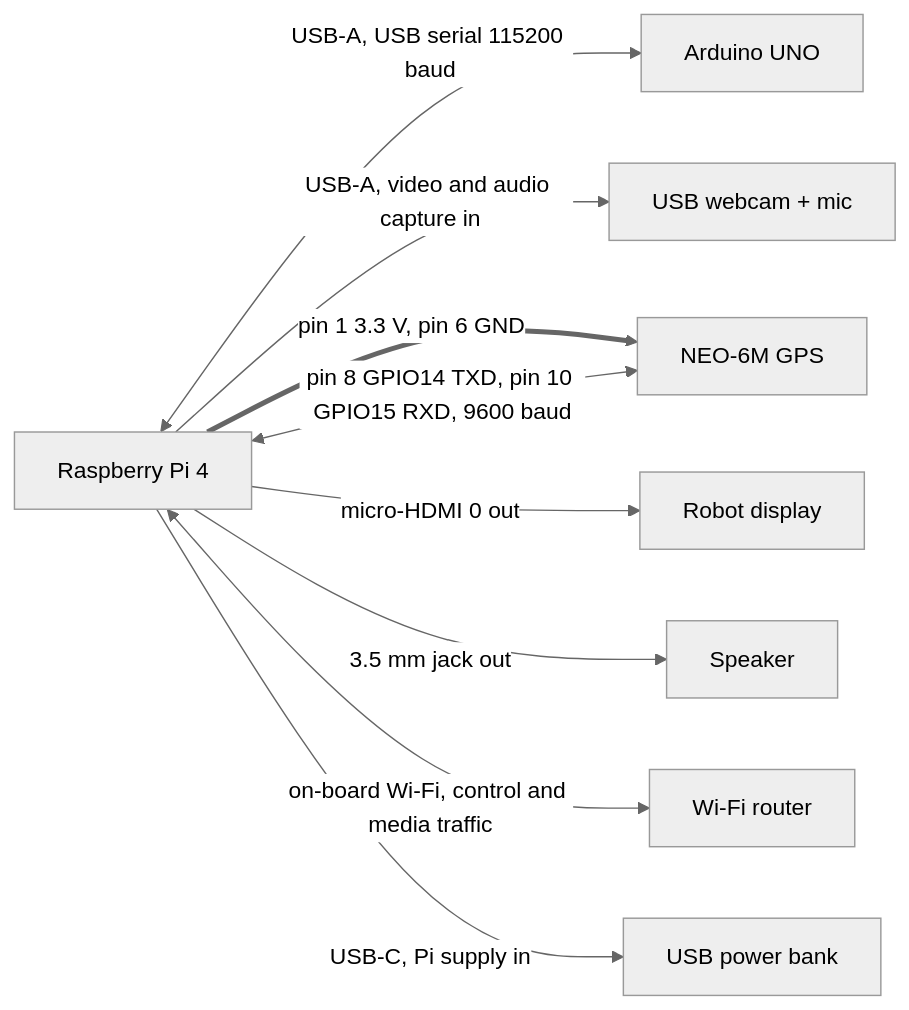
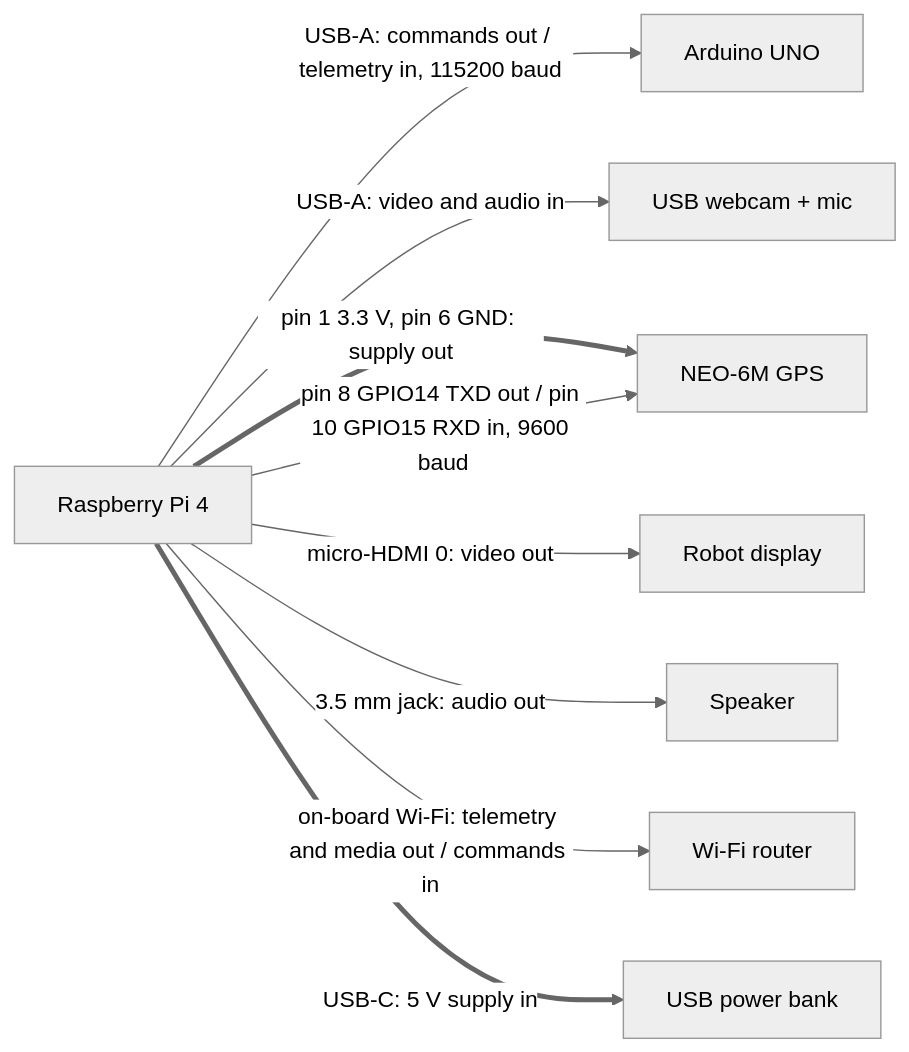
The fifth of 20 diagrams in research paper/section3_methodology.md (baiust999/robort-code-from-pi), drawn with Mermaid (neutral theme) before and after one commit. The commit also changed other lines of this file, not shown here.

````diff
--- a/research paper/section3_methodology.md
+++ b/research paper/section3_methodology.md
@@ -295,20 +204,20 @@
 ```mermaid
 flowchart LR
   PI["Raspberry Pi 4"]
   UNO["Arduino UNO"]
   CAM["USB webcam + mic"]
   GPS["NEO-6M GPS"]
   LCD["Robot display"]
   SPK["Speaker"]
   RT["Wi-Fi router"]
   PWR["USB power bank"]
 
-  PI <-- "USB-A, USB serial 115200 baud" --> UNO
-  PI -- "USB-A, video and audio capture in" --> CAM
-  PI == "pin 1 3.3 V, pin 6 GND" ==> GPS
-  PI <-- "pin 8 GPIO14 TXD, pin 10 GPIO15 RXD, 9600 baud" --> GPS
-  PI -- "micro-HDMI 0 out" --> LCD
-  PI -- "3.5 mm jack out" --> SPK
-  PI <-- "on-board Wi-Fi, control and media traffic" --> RT
-  PI -- "USB-C, Pi supply in" --> PWR
+  PI -- "USB-A: commands out / telemetry in, 115200 baud" --> UNO
+  PI -- "USB-A: video and audio in" --> CAM
+  PI == "pin 1 3.3 V, pin 6 GND: supply out" ==> GPS
+  PI -- "pin 8 GPIO14 TXD out / pin 10 GPIO15 RXD in, 9600 baud" --> GPS
+  PI -- "micro-HDMI 0: video out" --> LCD
+  PI -- "3.5 mm jack: audio out" --> SPK
+  PI -- "on-board Wi-Fi: telemetry and media out / commands in" --> RT
+  PI == "USB-C: 5 V supply in" ==> PWR
 ```
````
